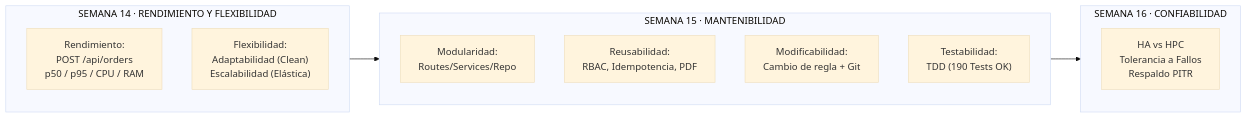
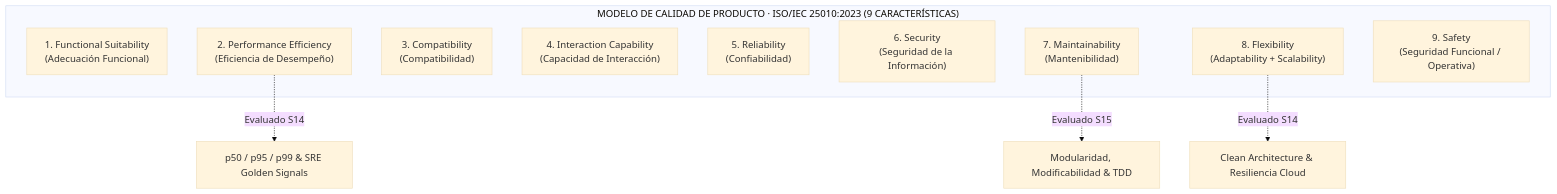
The diagram in docs/02_CALIDAD_Y_AUDITORIA/04_calidad_iso25010_semanas_14_15/INFORME_CONTINUACION_S14_S15_PROYECTO_FINAL_LEOFIT.md (Leofit-Solutions-Grupo01/leofit-pedidos-sistema), drawn with Mermaid (base theme) before and after one commit. The commit also changed other lines of this file and 11 other files, not shown here.

Commit message:
feat(quality): integra marco riguroso iso25010-2023, percentiles sre y resiliencia cloud en informe y presentacion

````diff
--- a/docs/02_CALIDAD_Y_AUDITORIA/04_calidad_iso25010_semanas_14_15/INFORME_CONTINUACION_S14_S15_PROYECTO_FINAL_LEOFIT.md
+++ b/docs/02_CALIDAD_Y_AUDITORIA/04_calidad_iso25010_semanas_14_15/INFORME_CONTINUACION_S14_S15_PROYECTO_FINAL_LEOFIT.md
@@ -157,17 +173,17 @@
 ```mermaid
-flowchart LR
-    subgraph S14["SEMANA 14 · RENDIMIENTO Y FLEXIBILIDAD"]
-        P1["Rendimiento:<br/>POST /api/orders<br/>p50 / p95 / CPU / RAM"]
-        P2["Flexibilidad:<br/>Adaptabilidad (Clean)<br/>Escalabilidad (Elástica)"]
+flowchart TD
+    subgraph ISO["MODELO DE CALIDAD DE PRODUCTO · ISO/IEC 25010:2023 (9 CARACTERÍSTICAS)"]
+        C1["1. Functional Suitability<br/>(Adecuación Funcional)"]
+        C2["2. Performance Efficiency<br/>(Eficiencia de Desempeño)"]
+        C3["3. Compatibility<br/>(Compatibilidad)"]
+        C4["4. Interaction Capability<br/>(Capacidad de Interacción)"]
+        C5["5. Reliability<br/>(Confiabilidad)"]
+        C6["6. Security<br/>(Seguridad de la Información)"]
+        C7["7. Maintainability<br/>(Mantenibilidad)"]
+        C8["8. Flexibility<br/>(Adaptability + Scalability)"]
+        C9["9. Safety<br/>(Seguridad Funcional / Operativa)"]
     end
-    subgraph S15["SEMANA 15 · MANTENIBILIDAD"]
-        M1["Modularidad:<br/>Routes/Services/Repo"]
-        M2["Reusabilidad:<br/>RBAC, Idempotencia, PDF"]
-        M3["Modificabilidad:<br/>Cambio de regla + Git"]
-        M4["Testabilidad:<br/>TDD (190 Tests OK)"]
-    end
-    subgraph S16["SEMANA 16 · CONFIABILIDAD"]
-        C1["HA vs HPC<br/>Tolerancia a Fallos<br/>Respaldo PITR"]
-    end
-    S14 --> S15 --> S16
+    C2 -.->|"Evaluado S14"| S14_Perf["p50 / p95 / p99 & SRE Golden Signals"]
+    C8 -.->|"Evaluado S14"| S14_Flex["Clean Architecture & Resiliencia Cloud"]
+    C7 -.->|"Evaluado S15"| S15_Maint["Modularidad, Modificabilidad & TDD"]
 ```
````
